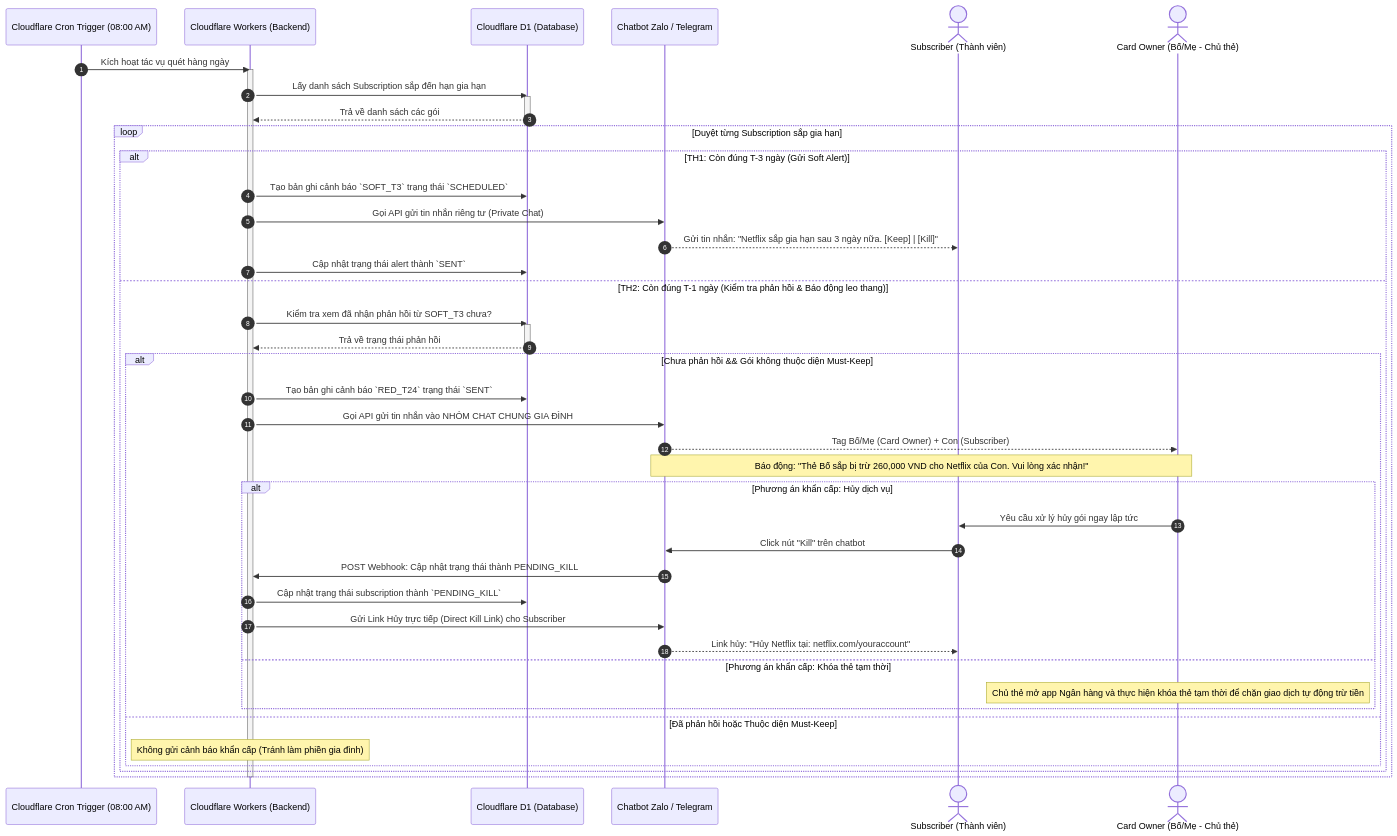
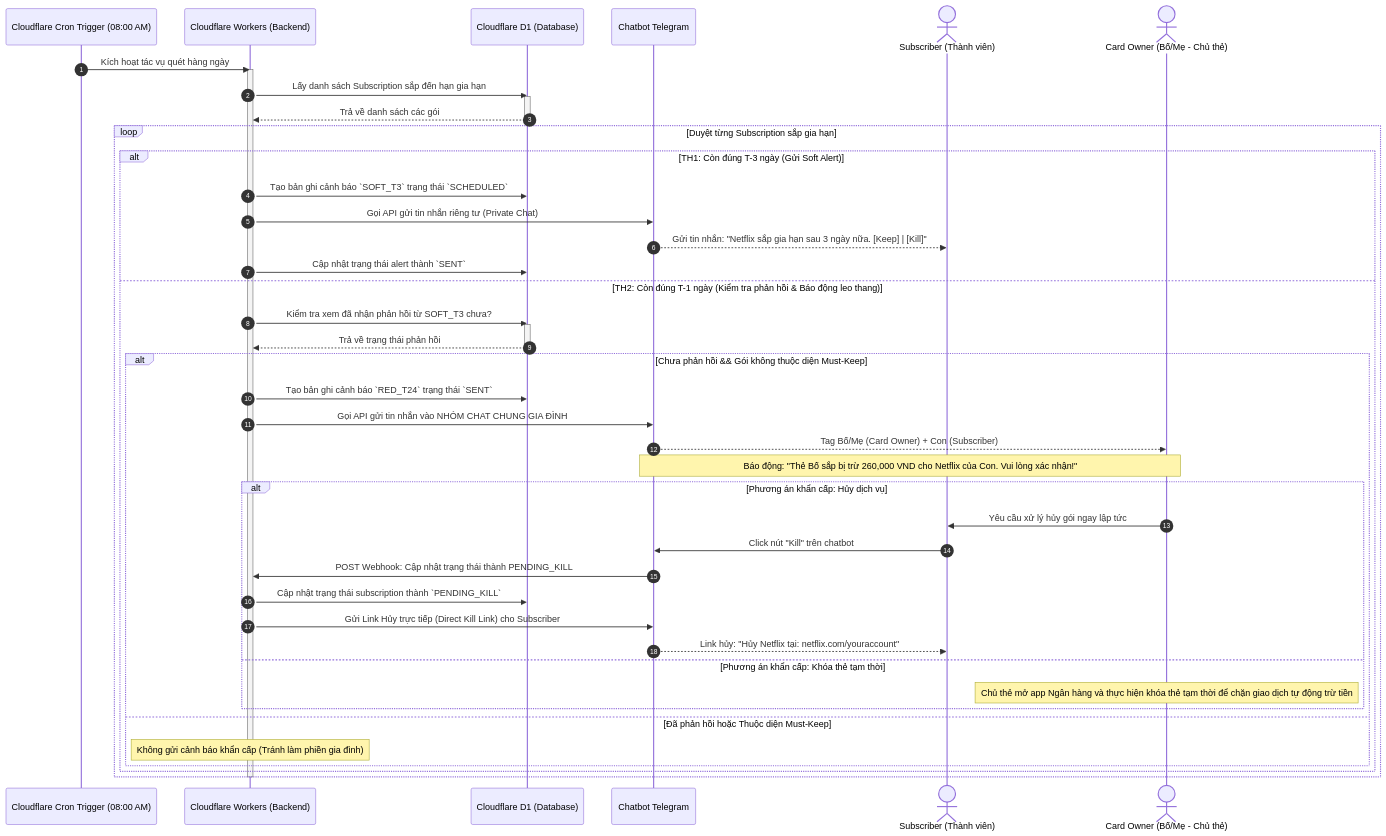
One commit to trinhquocthinh/Subsentry changed the second of 2 diagrams in docs/model-sequence.md. Above: the diagram before and after it, drawn with Mermaid. The commit also changed other lines of this file and 30 other files, not shown here.

Commit message:
feat:Epic 7 — Tích Hợp Telegram Bot

````diff
--- a/docs/model-sequence.md
+++ b/docs/model-sequence.md
@@ -80,54 +80,54 @@
 ```mermaid
 sequenceDiagram
     autonumber
     participant Cron as Cloudflare Cron Trigger (08:00 AM)
     participant Worker as Cloudflare Workers (Backend)
     participant D1 as Cloudflare D1 (Database)
-    participant Bot as Chatbot Zalo / Telegram
+    participant Bot as Chatbot Telegram
     actor Sub as Subscriber (Thành viên)
     actor Owner as Card Owner (Bố/Mẹ - Chủ thẻ)
 
     Cron->>Worker: Kích hoạt tác vụ quét hàng ngày
     activate Worker
     Worker->>D1: Lấy danh sách Subscription sắp đến hạn gia hạn
     activate D1
     D1-->>Worker: Trả về danh sách các gói
     deactivate D1
 
     loop Duyệt từng Subscription sắp gia hạn
         alt TH1: Còn đúng T-3 ngày (Gửi Soft Alert)
             Worker->>D1: Tạo bản ghi cảnh báo `SOFT_T3` trạng thái `SCHEDULED`
             Worker->>Bot: Gọi API gửi tin nhắn riêng tư (Private Chat)
             Bot-->>Sub: Gửi tin nhắn: "Netflix sắp gia hạn sau 3 ngày nữa. [Keep] | [Kill]"
             Worker->>D1: Cập nhật trạng thái alert thành `SENT`
 
         else TH2: Còn đúng T-1 ngày (Kiểm tra phản hồi & Báo động leo thang)
             Worker->>D1: Kiểm tra xem đã nhận phản hồi từ SOFT_T3 chưa?
             activate D1
             D1-->>Worker: Trả về trạng thái phản hồi
             deactivate D1
 
             alt Chưa phản hồi && Gói không thuộc diện Must-Keep
                 Worker->>D1: Tạo bản ghi cảnh báo `RED_T24` trạng thái `SENT`
                 Worker->>Bot: Gọi API gửi tin nhắn vào NHÓM CHAT CHUNG GIA ĐÌNH
                 Bot-->>Owner: Tag Bố/Mẹ (Card Owner) + Con (Subscriber)
                 Note over Bot,Owner: Báo động: "Thẻ Bố sắp bị trừ 260,000 VND cho Netflix của Con. Vui lòng xác nhận!"
 
                 alt Phương án khẩn cấp: Hủy dịch vụ
                     Owner->>Sub: Yêu cầu xử lý hủy gói ngay lập tức
                     Sub->>Bot: Click nút "Kill" trên chatbot
                     Bot->>Worker: POST Webhook: Cập nhật trạng thái thành PENDING_KILL
                     Worker->>D1: Cập nhật trạng thái subscription thành `PENDING_KILL`
                     Worker->>Bot: Gửi Link Hủy trực tiếp (Direct Kill Link) cho Subscriber
                     Bot-->>Sub: Link hủy: "Hủy Netflix tại: netflix.com/youraccount"
                 else Phương án khẩn cấp: Khóa thẻ tạm thời
                     Note over Owner: Chủ thẻ mở app Ngân hàng và thực hiện khóa thẻ tạm thời để chặn giao dịch tự động trừ tiền
                 end
 
             else Đã phản hồi hoặc Thuộc diện Must-Keep
                 Note over Worker: Không gửi cảnh báo khẩn cấp (Tránh làm phiền gia đình)
             end
         end
     end
     deactivate Worker
 ```
````
